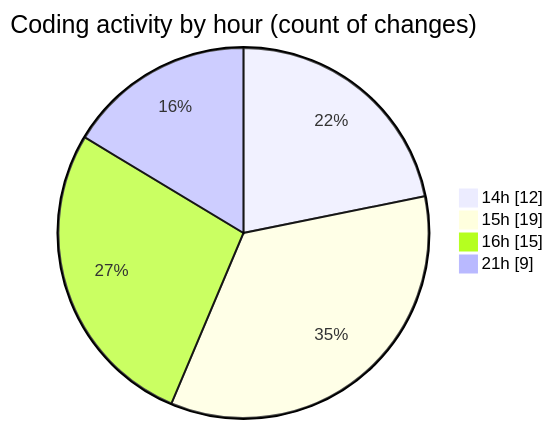
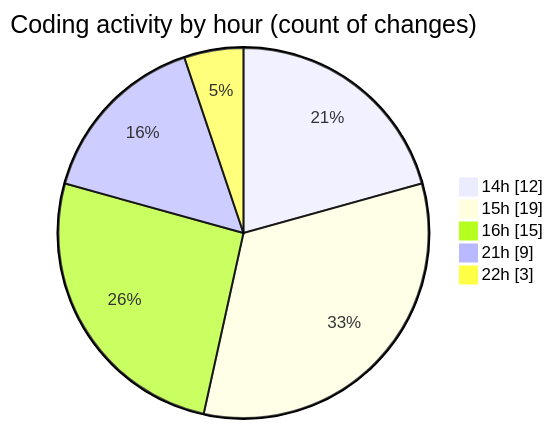
Before and after one commit to lephambinh05/code-tracking: the second of 2 diagrams in 2025-08-10/rentotp/README.md, drawn with Mermaid. The commit also changed other lines of this file and 1 other file, not shown here.

````diff
--- a/2025-08-10/rentotp/README.md
+++ b/2025-08-10/rentotp/README.md
@@ -36,8 +36,9 @@
 ```mermaid
 pie showData
 title Coding activity by hour (count of changes)
 "14h" : 12
 "15h" : 19
 "16h" : 15
 "21h" : 9
+"22h" : 3
 ```
````
